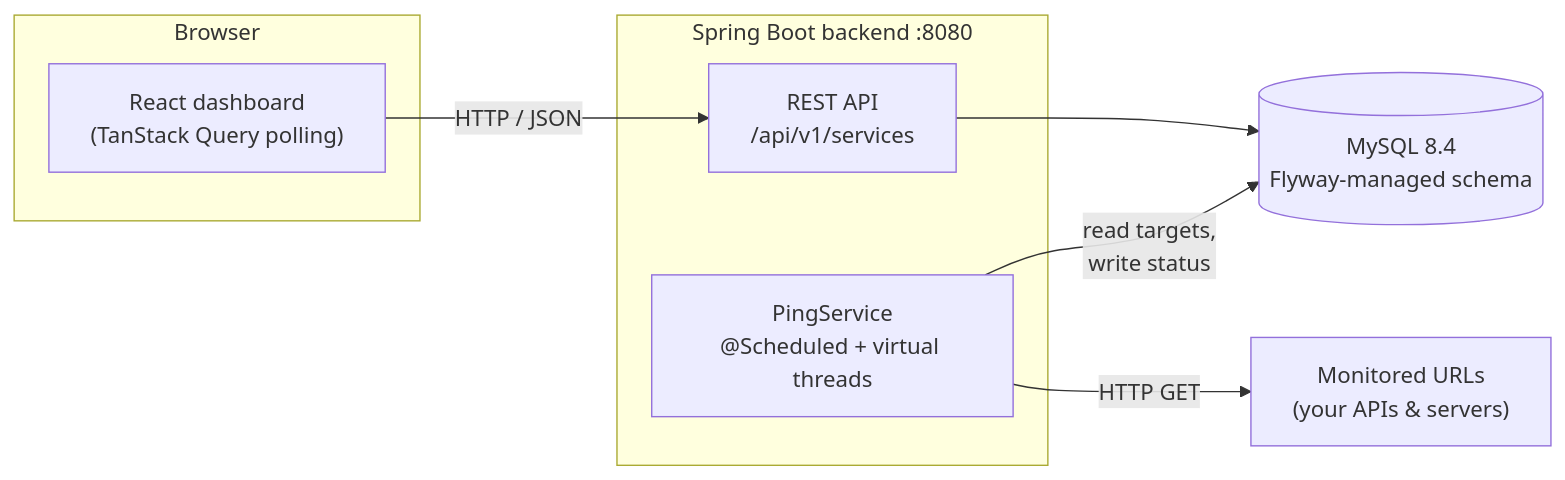
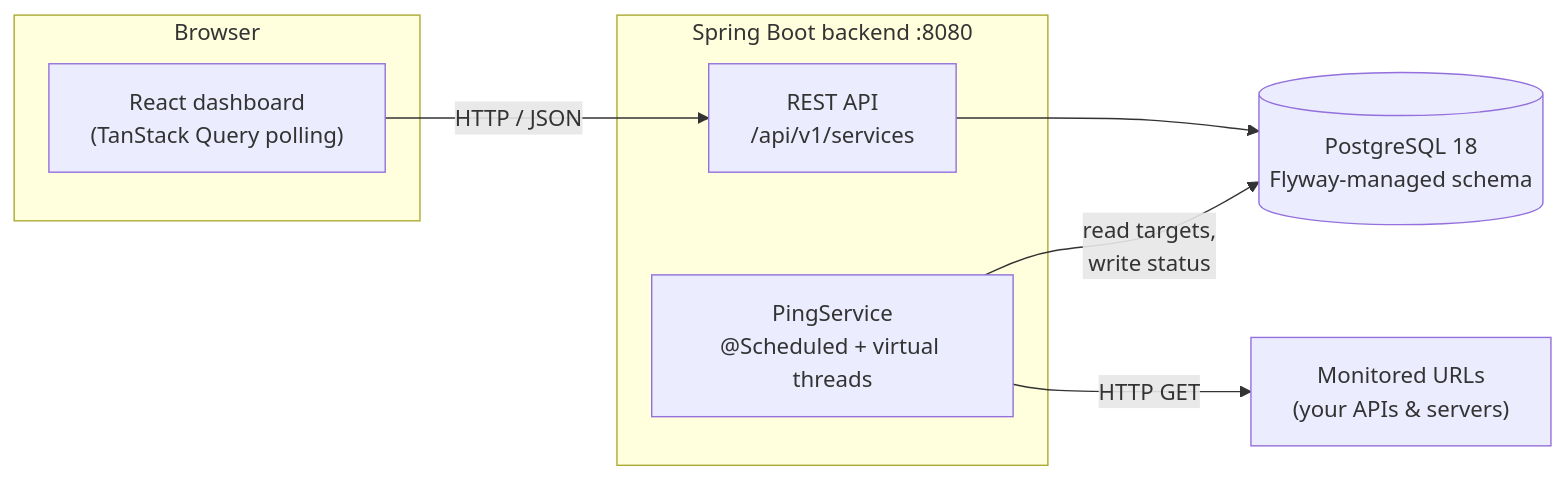
One commit to Evincars/infra-hub changed the diagram in README.md. Above: the diagram before and after it, drawn with Mermaid. The commit also changed other lines of this file and 6 other files, not shown here.

Commit message:
mysql changed to PostgreSQl

````diff
--- a/README.md
+++ b/README.md
@@ -80,19 +80,19 @@
 ```mermaid
 flowchart LR
     subgraph Browser
         UI["React dashboard<br/>(TanStack Query polling)"]
     end
 
     subgraph Backend["Spring Boot backend :8080"]
         API["REST API<br/>/api/v1/services"]
         Pinger["PingService<br/>@Scheduled + virtual threads"]
     end
 
-    DB[("MySQL 8.4<br/>Flyway-managed schema")]
+    DB[("PostgreSQL 18<br/>Flyway-managed schema")]
     Targets["Monitored URLs<br/>(your APIs & servers)"]
 
     UI -- "HTTP / JSON" --> API
     API --> DB
     Pinger -- "read targets,<br/>write status" --> DB
     Pinger -- "HTTP GET" --> Targets
 ```
````
